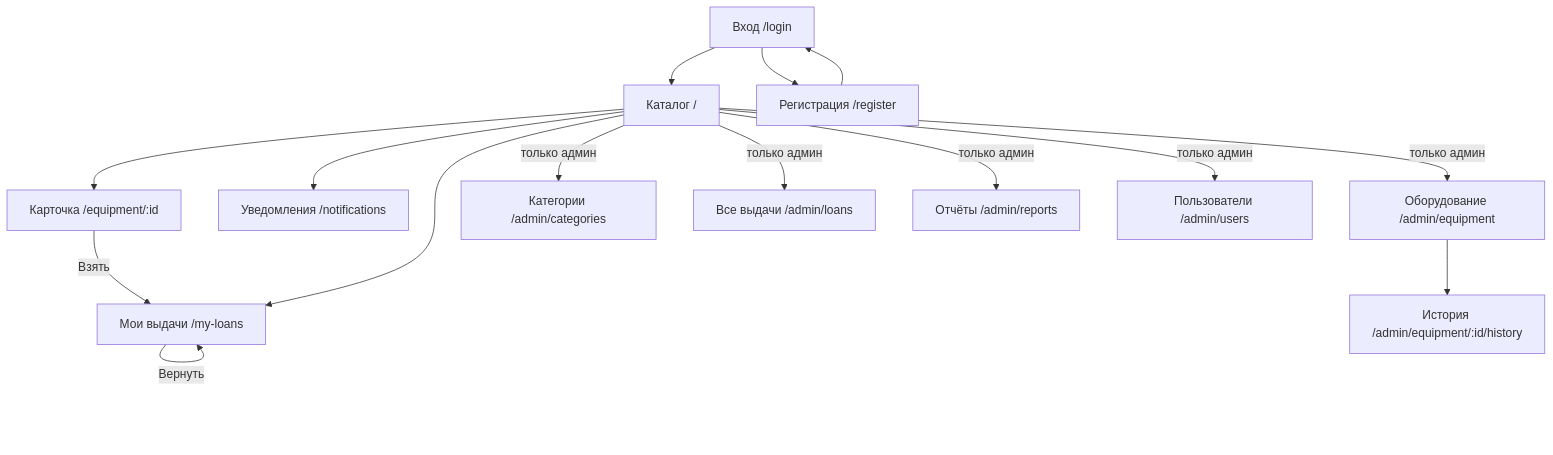
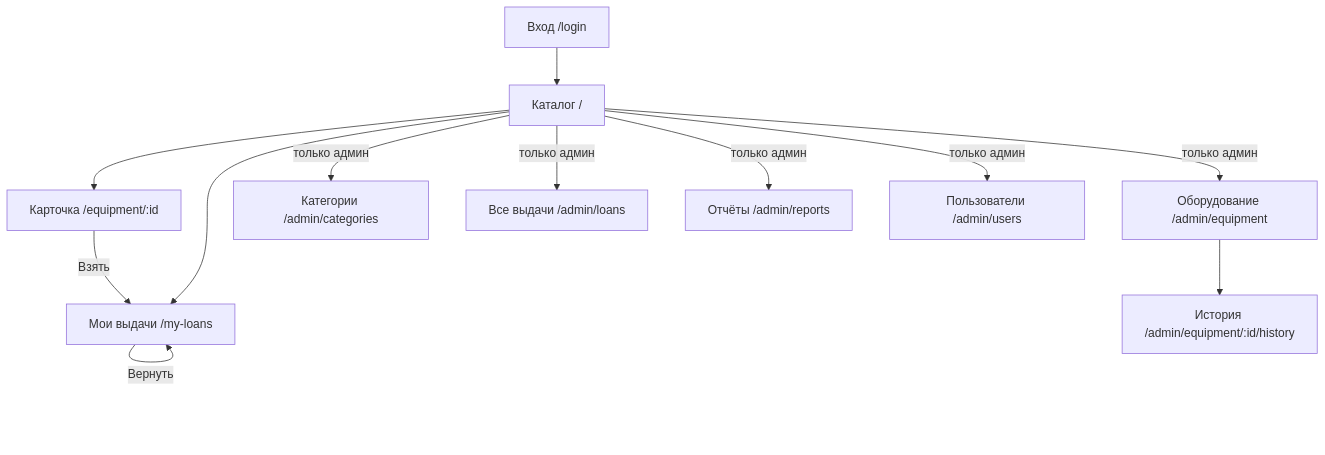
Before and after one commit to arvixhaku/CASE: the second of 2 diagrams in docs/architecture.md, drawn with Mermaid. The commit also changed other lines of this file, not shown here.

Commit message:
Исправлена архитектура: аккаунты создаёт админ, правило Б5, фото и уведомления вынесены в расширение

````diff
--- a/docs/architecture.md
+++ b/docs/architecture.md
@@ -391,17 +365,14 @@
 ```mermaid
 flowchart TD
     L[Вход /login] --> C[Каталог /]
-    R[Регистрация /register] --> L
-    L --> R
     C --> E[Карточка /equipment/:id]
     E -->|Взять| ML[Мои выдачи /my-loans]
     C --> ML
     ML -->|Вернуть| ML
-    C --> N[Уведомления /notifications]
     C -->|только админ| AE[Оборудование /admin/equipment]
     AE --> AH[История /admin/equipment/:id/history]
     C -->|только админ| AC[Категории /admin/categories]
     C -->|только админ| AL[Все выдачи /admin/loans]
     C -->|только админ| AR[Отчёты /admin/reports]
     C -->|только админ| AU[Пользователи /admin/users]
 ```
````
